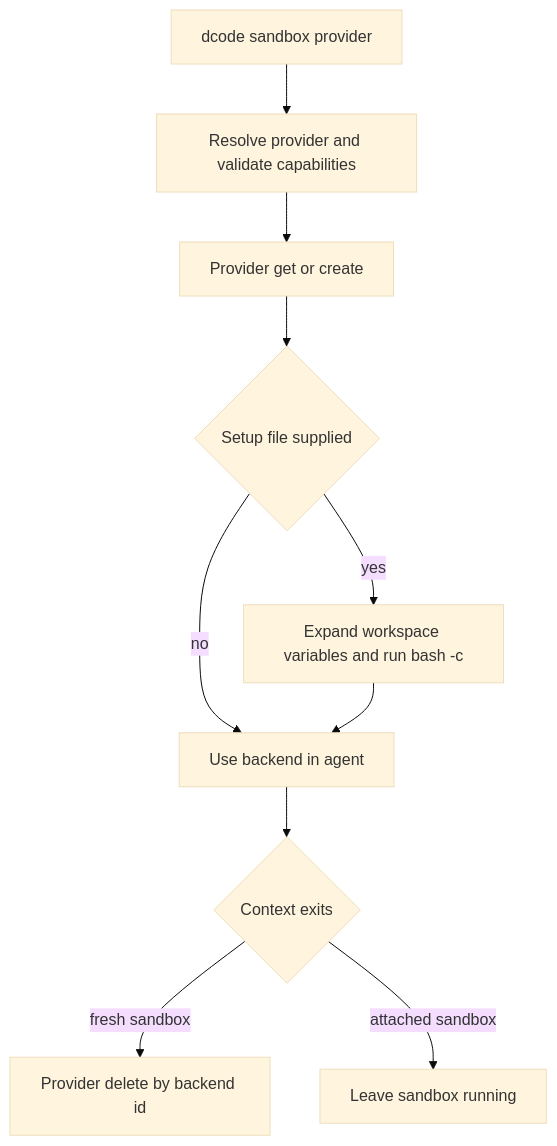
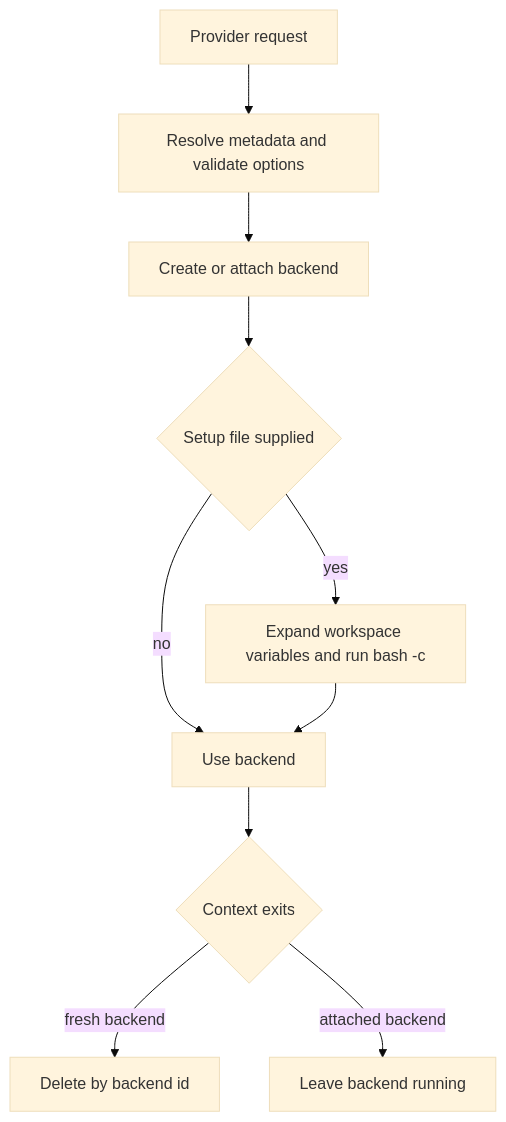
Before and after one commit to langchain-ai/deepagents: the second of 2 diagrams in openwiki/integrations/sandbox-partners.md, drawn with Mermaid (base theme). The commit also changed other lines of this file and 36 other files, not shown here.

````diff
--- a/openwiki/integrations/sandbox-partners.md
+++ b/openwiki/integrations/sandbox-partners.md
@@ -101,12 +101,12 @@
 ```mermaid
 flowchart TD
-    Start["dcode sandbox provider"] --> Resolve["Resolve provider and validate capabilities"]
-    Resolve --> Provision["Provider get or create"]
+    Start["Provider request"] --> Resolve["Resolve metadata and validate options"]
+    Resolve --> Provision["Create or attach backend"]
     Provision --> Setup{"Setup file supplied"}
     Setup -->|yes| RunSetup["Expand workspace variables and run bash -c"]
-    Setup -->|no| Use["Use backend in agent"]
+    Setup -->|no| Use["Use backend"]
     RunSetup --> Use
-    Use --> Exit{"Context exits"}
-    Exit -->|fresh sandbox| Delete["Provider delete by backend id"]
-    Exit -->|attached sandbox| Retain["Leave sandbox running"]
+    Use --> Close{"Context exits"}
+    Close -->|fresh backend| Delete["Delete by backend id"]
+    Close -->|attached backend| Retain["Leave backend running"]
 ```
````
